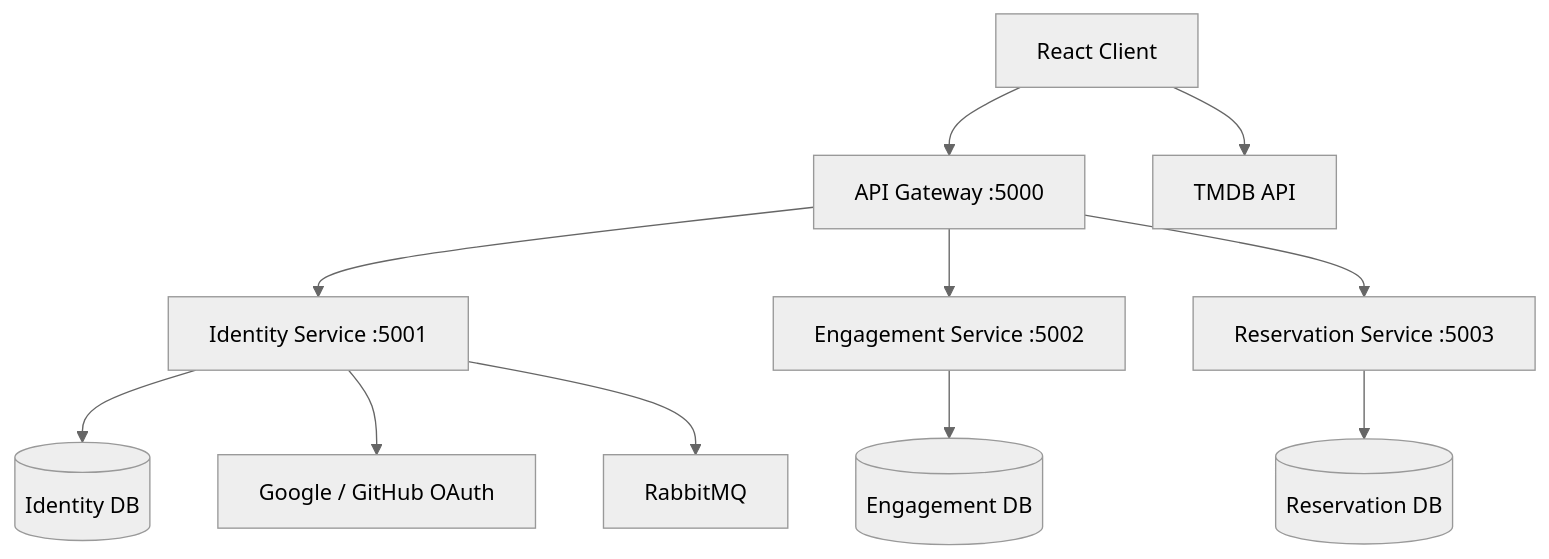
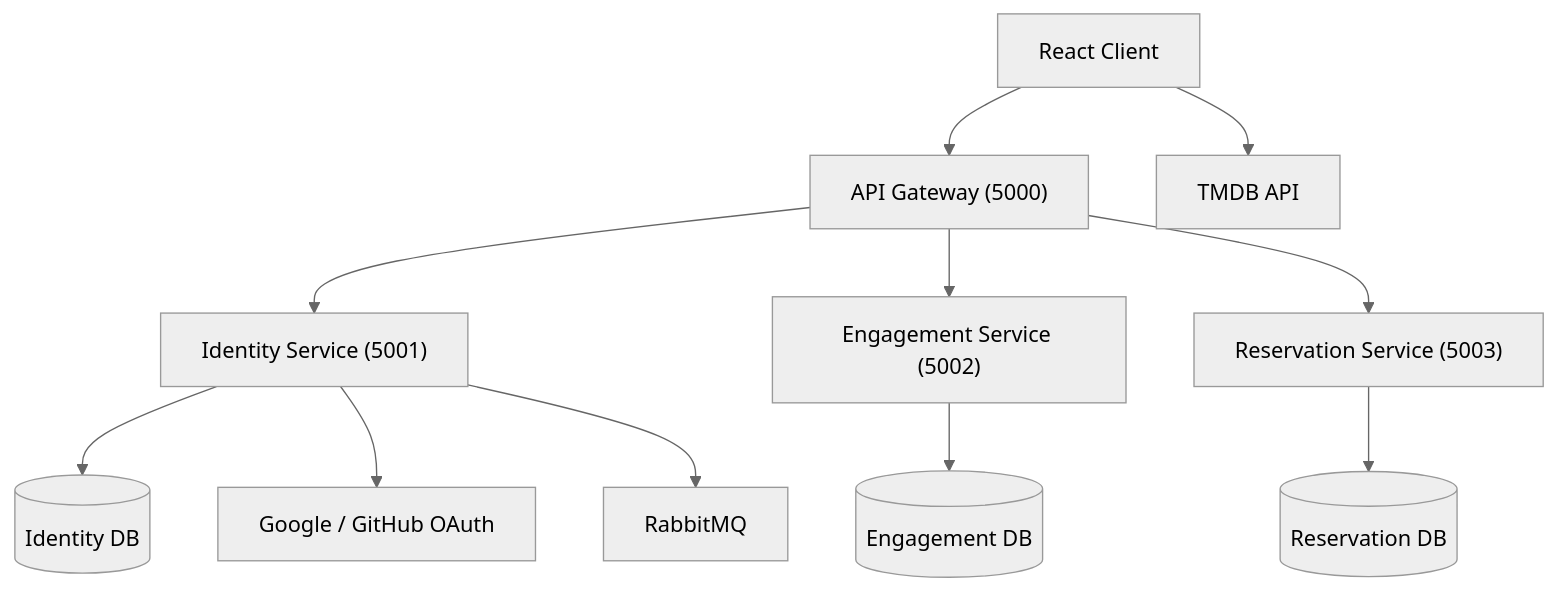
One commit to ML642/movie-reservation changed the first of 4 diagrams in README.md. Above: the diagram before and after it, drawn with Mermaid (neutral theme). The commit also changed other lines of this file, not shown here.

First line of the commit message:
Refactor API Gateway section in README

````diff
--- a/README.md
+++ b/README.md
@@ -53,33 +52,32 @@
 ```mermaid
 flowchart TD
     Client["React Client"]
+    Gateway["API Gateway (5000)"]
 
-    Gateway["API Gateway :5000"]
+    Identity["Identity Service (5001)"]
+    Engagement["Engagement Service (5002)"]
+    Reservation["Reservation Service (5003)"]
 
-    Identity["Identity Service :5001"]
-    Engagement["Engagement Service :5002"]
-    Reservation["Reservation Service :5003"]
-
-    IdentityDB[("Identity DB")]
-    EngagementDB[("Engagement DB")]
-    ReservationDB[("Reservation DB")]
+    IdentityDB[(Identity DB)]
+    EngagementDB[(Engagement DB)]
+    ReservationDB[(Reservation DB)]
 
     Rabbit["RabbitMQ"]
     OAuth["Google / GitHub OAuth"]
     TMDB["TMDB API"]
 
     Client --> Gateway
 
     Gateway --> Identity
     Gateway --> Engagement
     Gateway --> Reservation
 
     Identity --> IdentityDB
     Engagement --> EngagementDB
     Reservation --> ReservationDB
 
     Identity --> OAuth
     Identity --> Rabbit
 
     Client --> TMDB
 ```
````
